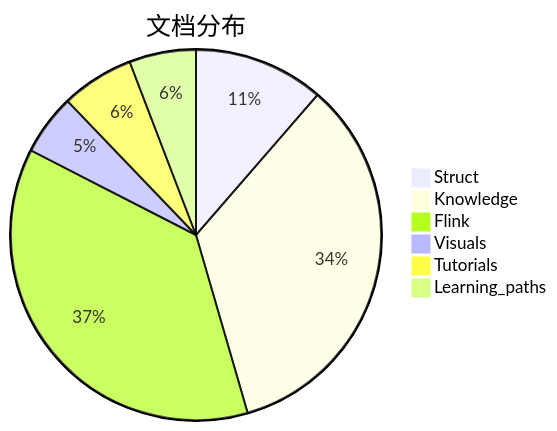
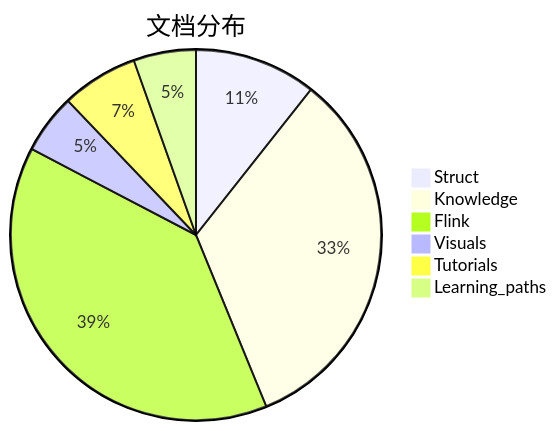
Before and after one commit to AdaMartin18010/AnalysisDataFlow: the first of 10 diagrams in DASHBOARD.md, drawn with Mermaid. The commit also changed other lines of this file and 4 other files, not shown here.

````diff
--- a/DASHBOARD.md
+++ b/DASHBOARD.md
@@ -104,9 +98,9 @@
 ```mermaid
 pie title 文档分布
     "Struct" : 43
-    "Knowledge" : 129
-    "Flink" : 140
-    "Visuals" : 20
-    "Tutorials" : 24
+    "Knowledge" : 134
+    "Flink" : 157
+    "Visuals" : 21
+    "Tutorials" : 27
     "Learning_paths" : 22
 ```
````
